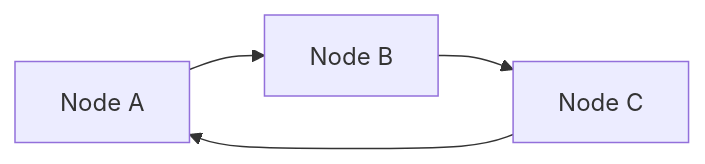
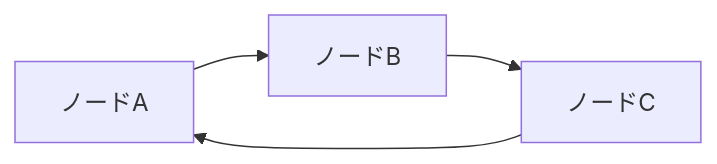
The third of 7 diagrams in src/content/docs/05-distributed-db/15-partitioning-sharding.md (hirunebot/database-systems-book), drawn with Mermaid before and after one commit. The commit also changed other lines of this file and 42 other files, not shown here.

````diff
--- a/src/content/docs/05-distributed-db/15-partitioning-sharding.md
+++ b/src/content/docs/05-distributed-db/15-partitioning-sharding.md
@@ -128,6 +128,6 @@
 ```mermaid
 flowchart LR
-    A["Node A"] --> B["Node B"]
-    B --> C["Node C"]
+    A["ノードA"] --> B["ノードB"]
+    B --> C["ノードC"]
     C --> A
 ```
````
